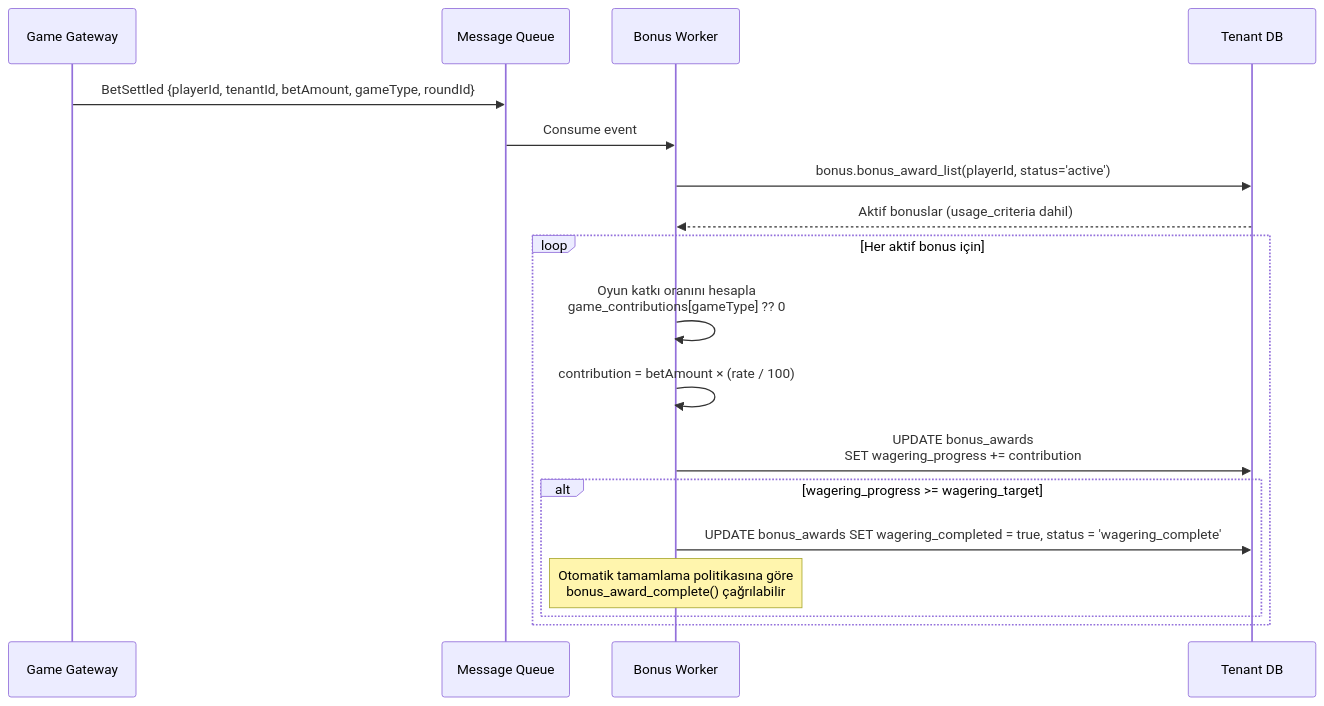
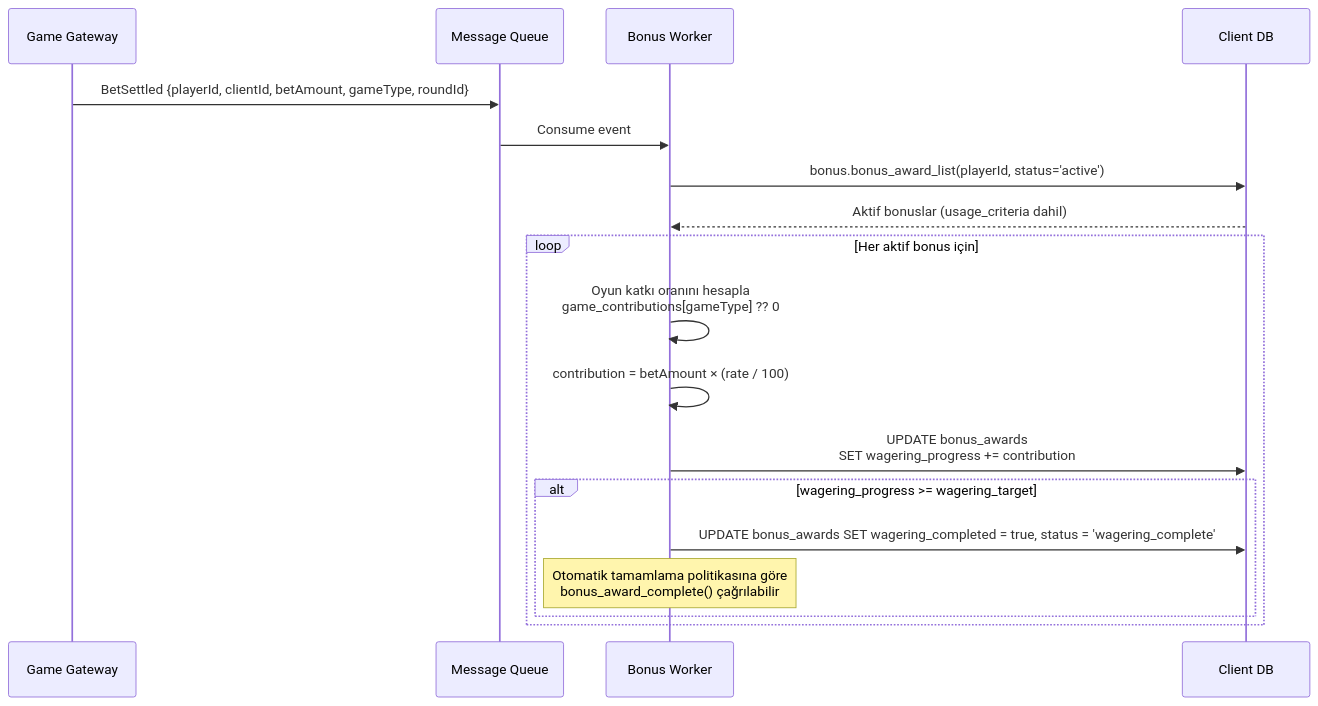
One commit to frhtshn/One.DB changed the third of 5 diagrams in .docs/guides/BONUS_WORKER_BACKEND.md. Above: the diagram before and after it, drawn with Mermaid. The commit also changed other lines of this file and 442 other files, not shown here.

First line of the commit message:
Nucleo → Sortis One ve tenant → client içerik güncellemeleri

````diff
--- a/.docs/guides/BONUS_WORKER_BACKEND.md
+++ b/.docs/guides/BONUS_WORKER_BACKEND.md
@@ -311,24 +311,24 @@
 ```mermaid
 sequenceDiagram
     participant GG as Game Gateway
     participant MQ as Message Queue
     participant BW as Bonus Worker
-    participant TDB as Tenant DB
+    participant TDB as Client DB
 
-    GG->>MQ: BetSettled {playerId, tenantId, betAmount, gameType, roundId}
+    GG->>MQ: BetSettled {playerId, clientId, betAmount, gameType, roundId}
     MQ->>BW: Consume event
 
     BW->>TDB: bonus.bonus_award_list(playerId, status='active')
     TDB-->>BW: Aktif bonuslar (usage_criteria dahil)
 
     loop Her aktif bonus için
         BW->>BW: Oyun katkı oranını hesapla<br/>game_contributions[gameType] ?? 0
         BW->>BW: contribution = betAmount × (rate / 100)
         BW->>TDB: UPDATE bonus_awards<br/>SET wagering_progress += contribution
 
         alt wagering_progress >= wagering_target
             BW->>TDB: UPDATE bonus_awards SET wagering_completed = true, status = 'wagering_complete'
             Note over BW: Otomatik tamamlama politikasına göre<br/>bonus_award_complete() çağrılabilir
         end
     end
 ```
````
